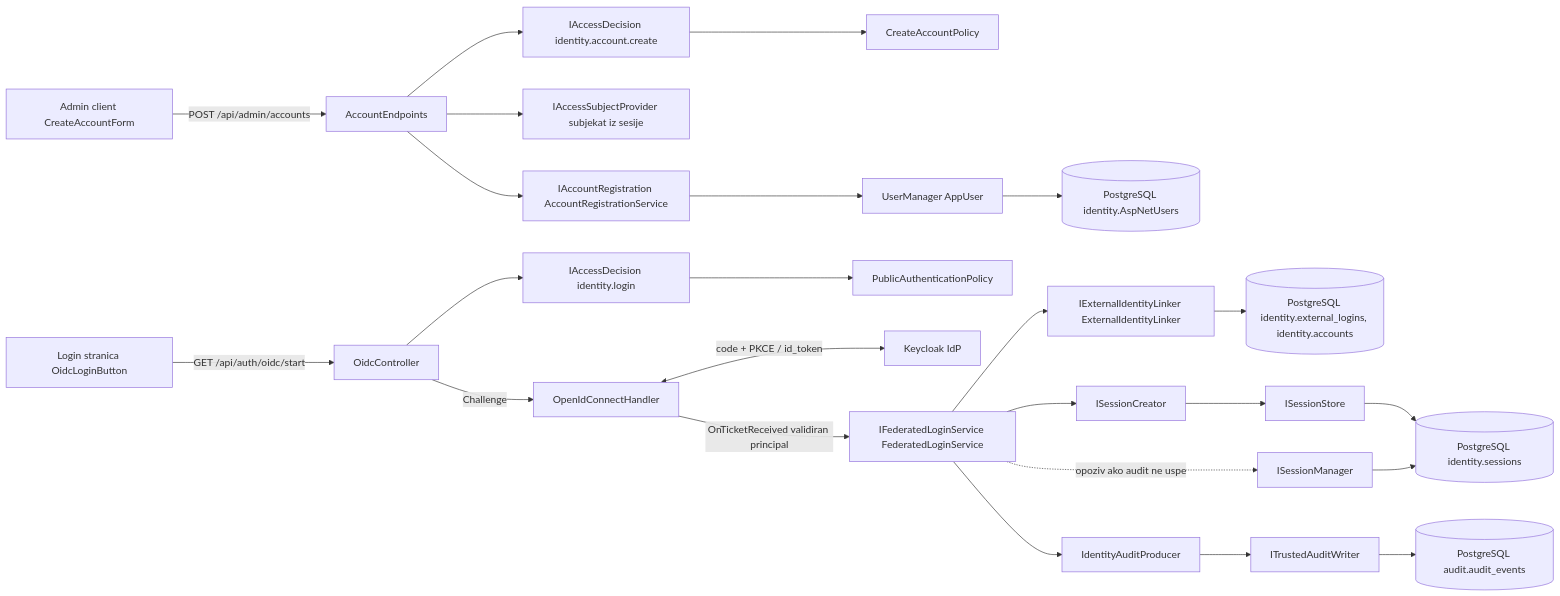
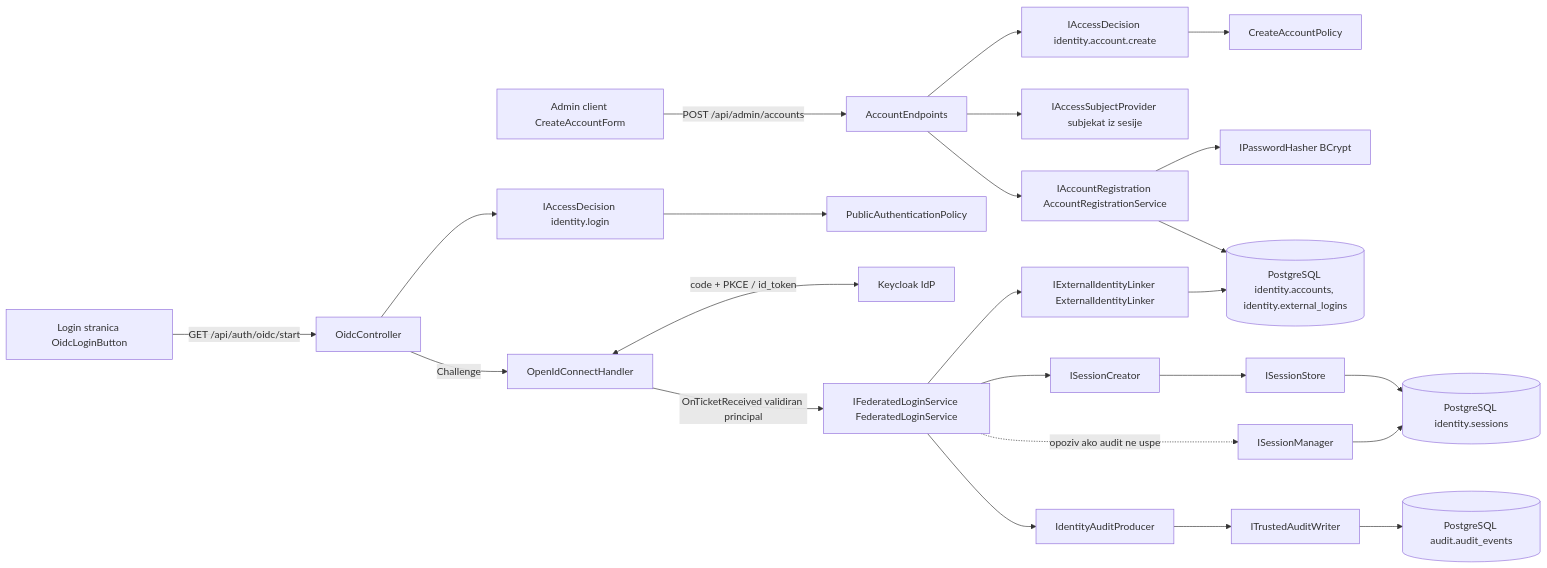
Before and after one commit to owlCoder/security-lab: the first of 2 diagrams in docs/components/identity/IDN-01-IDN-08.md, drawn with Mermaid. The commit also changed other lines of this file, not shown here.

````diff
--- a/docs/components/identity/IDN-01-IDN-08.md
+++ b/docs/components/identity/IDN-01-IDN-08.md
@@ -90,27 +92,27 @@
 ```mermaid
 flowchart LR
   ADMIN[Admin client CreateAccountForm] -->|POST /api/admin/accounts| EP[AccountEndpoints]
   EP --> ACCD1[IAccessDecision identity.account.create]
   ACCD1 --> POL1[CreateAccountPolicy]
   EP --> SUBJ[IAccessSubjectProvider subjekat iz sesije]
   EP --> REG[IAccountRegistration AccountRegistrationService]
-  REG --> UM[UserManager AppUser]
-  UM --> DB1[(PostgreSQL identity.AspNetUsers)]
+  REG --> HASH[IPasswordHasher BCrypt]
+  REG --> DB2[(PostgreSQL identity.accounts, identity.external_logins)]
 
   USER[Login stranica OidcLoginButton] -->|GET /api/auth/oidc/start| OC[OidcController]
   OC --> ACCD2[IAccessDecision identity.login]
   ACCD2 --> POL2[PublicAuthenticationPolicy]
   OC -->|Challenge| H[OpenIdConnectHandler]
   H <-->|code + PKCE / id_token| KC[Keycloak IdP]
   H -->|OnTicketReceived validiran principal| FLS[IFederatedLoginService FederatedLoginService]
   FLS --> LNK[IExternalIdentityLinker ExternalIdentityLinker]
-  LNK --> DB2[(PostgreSQL identity.external_logins, identity.accounts)]
+  LNK --> DB2
   FLS --> SC[ISessionCreator]
   SC --> SS[ISessionStore]
   SS --> DB3[(PostgreSQL identity.sessions)]
   FLS --> AP[IdentityAuditProducer]
   AP --> AW[ITrustedAuditWriter]
   AW --> DB4[(PostgreSQL audit.audit_events)]
   FLS -.->|opoziv ako audit ne uspe| SM[ISessionManager]
   SM --> DB3
 ```
````
